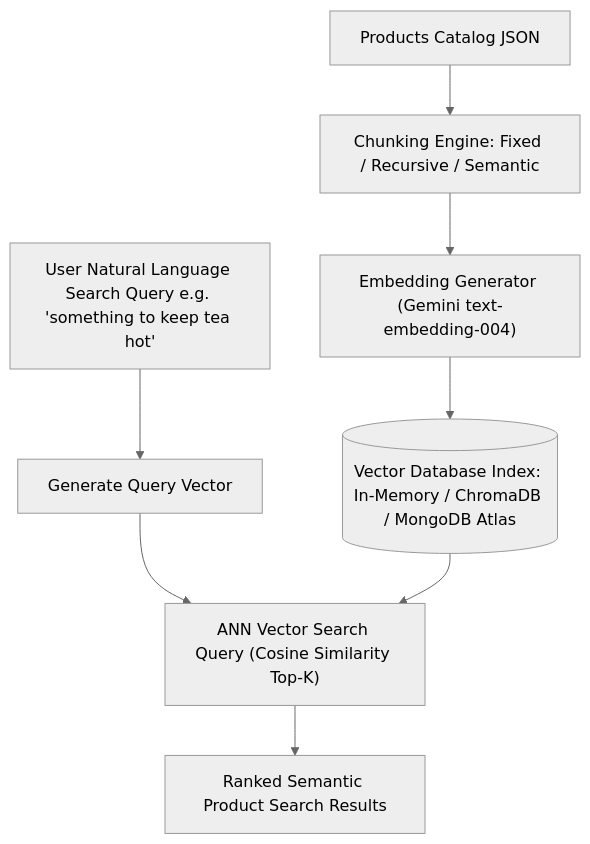
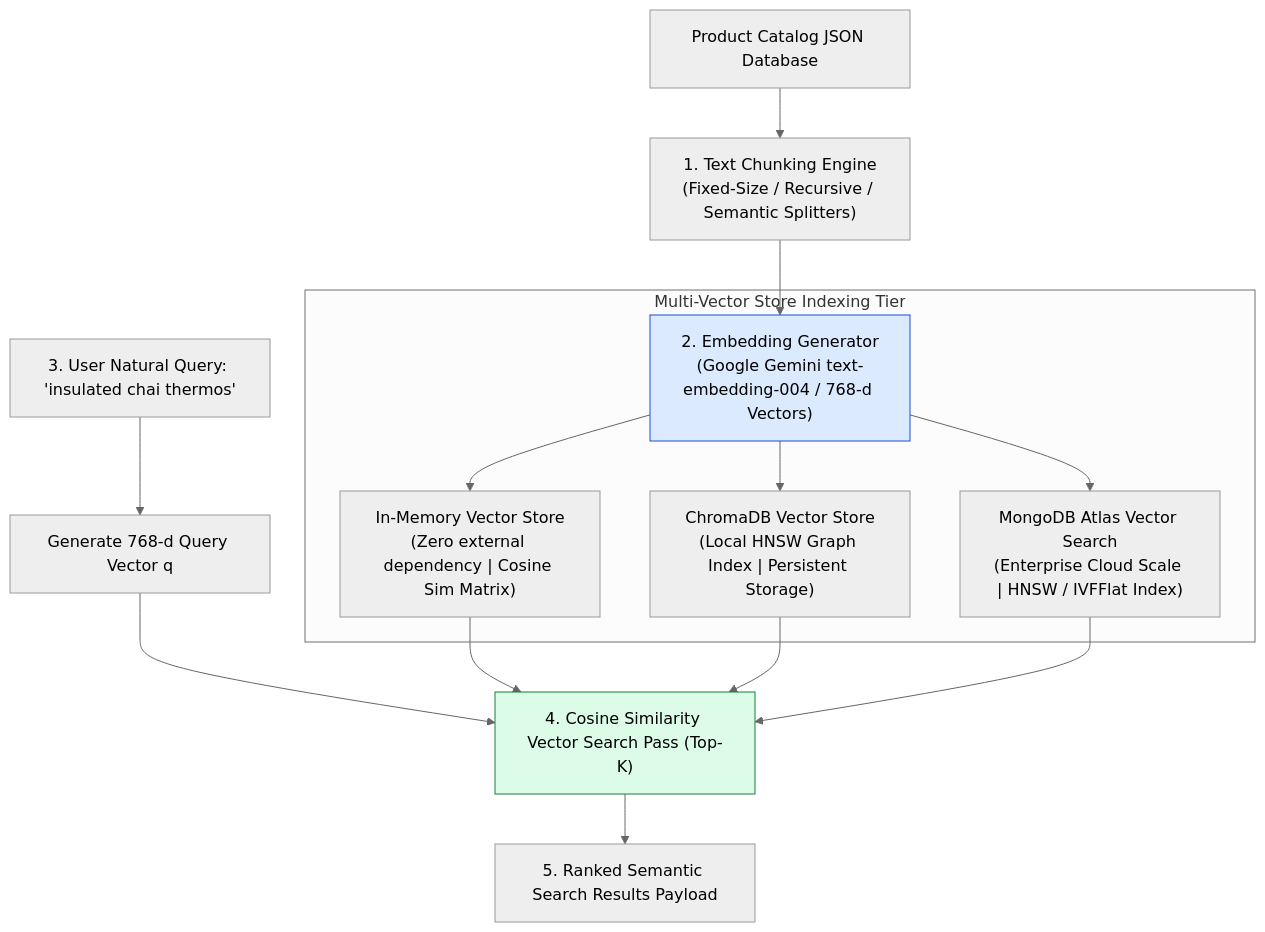
One commit to Amie-dev/engineering-playbook changed the first of 3 diagrams in agentic-ai-notes/02-dukaan-search/00-dukaan-search-overview.md. Above: the diagram before and after it, drawn with Mermaid (neutral theme). The commit also changed other lines of this file and 10 other files, not shown here.

First line of the commit message:
Enhance Dukaan Search Modules with In-Memory, ChromaDB, and MongoDB Atlas Vector Stores

````diff
--- a/agentic-ai-notes/02-dukaan-search/00-dukaan-search-overview.md
+++ b/agentic-ai-notes/02-dukaan-search/00-dukaan-search-overview.md
@@ -10,11 +13,25 @@
 ```mermaid
 flowchart TD
-    Catalog[Products Catalog JSON] --> ChunkEngine[Chunking Engine: Fixed / Recursive / Semantic]
-    ChunkEngine --> Embedder["Embedding Generator (Gemini text-embedding-004)"]
-    Embedder --> VectorStores[(Vector Database Index: In-Memory / ChromaDB / MongoDB Atlas)]
-    
-    UserQuery["User Natural Language Search Query e.g. 'something to keep tea hot'"] --> QueryEmbedder[Generate Query Vector]
-    QueryEmbedder --> ANNQuery["ANN Vector Search Query (Cosine Similarity Top-K)"]
-    VectorStores --> ANNQuery
-    ANNQuery --> RankedResults[Ranked Semantic Product Search Results]
+    Catalog[Product Catalog JSON Database] --> ChunkEngine["1. Text Chunking Engine<br/>(Fixed-Size / Recursive / Semantic Splitters)"]
+
+    ChunkEngine --> EmbedGenerator["2. Embedding Generator<br/>(Google Gemini text-embedding-004 / 768-d Vectors)"]
+
+    subgraph Multi-Vector Store Indexing Tier
+        EmbedGenerator --> InMemStore["In-Memory Vector Store<br/>(Zero external dependency | Cosine Sim Matrix)"]
+        EmbedGenerator --> ChromaStore["ChromaDB Vector Store<br/>(Local HNSW Graph Index | Persistent Storage)"]
+        EmbedGenerator --> MongoStore["MongoDB Atlas Vector Search<br/>(Enterprise Cloud Scale | HNSW / IVFFlat Index)"]
+    end
+
+    UserQuery["3. User Natural Query: 'insulated chai thermos'"] --> QueryEmbedder["Generate 768-d Query Vector q"]
+
+    QueryEmbedder --> VectorSearchEngine["4. Cosine Similarity Vector Search Pass (Top-K)"]
+
+    InMemStore --> VectorSearchEngine
+    ChromaStore --> VectorSearchEngine
+    MongoStore --> VectorSearchEngine
+
+    VectorSearchEngine --> RankedProducts["5. Ranked Semantic Search Results Payload"]
+
+    style EmbedGenerator fill:#dbeafe,stroke:#1d4ed8
+    style VectorSearchEngine fill:#dcfce7,stroke:#15803d
 ```
````
